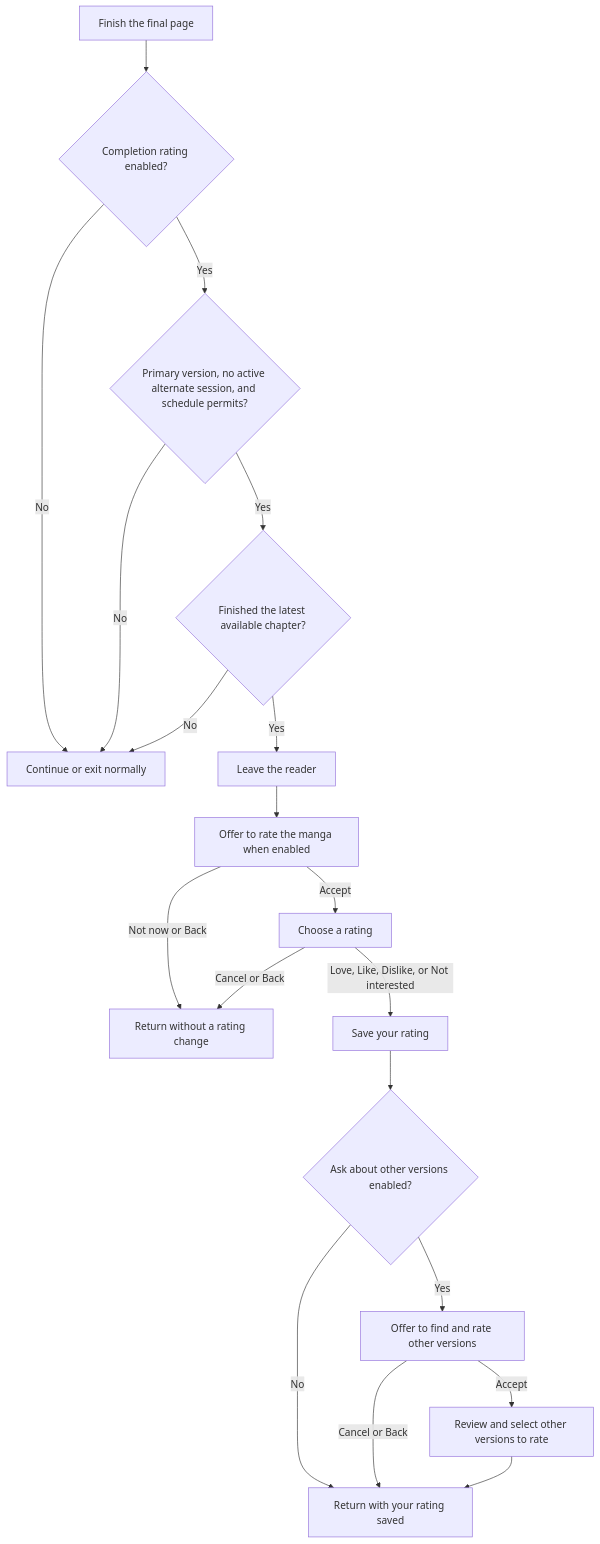
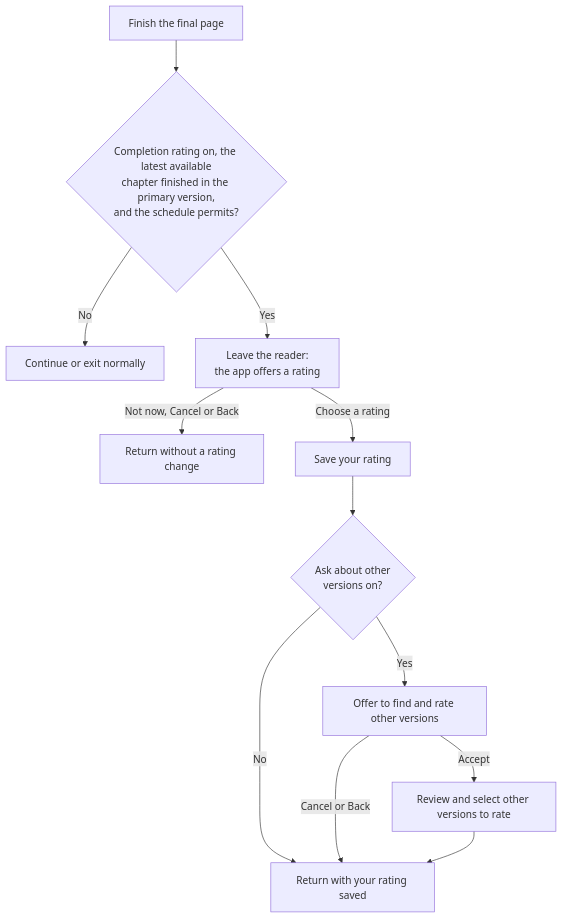
The second of 6 diagrams in docs/kmk/feature-guides/reading.md (FancyCorey/komikku-fc), drawn with Mermaid before and after one commit. The commit also changed other lines of this file and 93 other files, not shown here.

````diff
--- a/docs/kmk/feature-guides/reading.md
+++ b/docs/kmk/feature-guides/reading.md
@@ -229,21 +244,14 @@
 ```mermaid
 flowchart TD
-    Progress["Finish the final page"] --> Enabled{"Completion rating enabled?"}
-    Enabled -->|No| Normal["Continue or exit normally"]
-    Enabled -->|Yes| Eligible{"Primary version, no active alternate session, and schedule permits?"}
-    Eligible -->|No| Normal
-    Eligible -->|Yes| Genuine{"Finished the latest available chapter?"}
-    Genuine -->|No| Normal
-    Genuine -->|Yes| Exit["Leave the reader"]
-    Exit --> Prompt["Offer to rate the manga when enabled"]
-    Prompt -->|Not now or Back| Return["Return without a rating change"]
-    Prompt -->|Accept| Choices["Choose a rating"]
-    Choices -->|Love, Like, Dislike, or Not interested| Save["Save your rating"]
-    Choices -->|Cancel or Back| Return
-    Save --> Ask{"Ask about other versions enabled?"}
+    Progress["Finish the final page"] --> Eligible{"Completion rating on, the latest available<br/>chapter finished in the primary version,<br/>and the schedule permits?"}
+    Eligible -->|No| Normal["Continue or exit normally"]
+    Eligible -->|Yes| Prompt["Leave the reader:<br/>the app offers a rating"]
+    Prompt -->|Not now, Cancel or Back| Return["Return without a rating change"]
+    Prompt -->|Choose a rating| Save["Save your rating"]
+    Save --> Ask{"Ask about other<br/>versions on?"}
+    Ask -->|No| Rated["Return with your rating saved"]
     Ask -->|Yes| Offer["Offer to find and rate other versions"]
-    Ask -->|No| Rated["Return with your rating saved"]
+    Offer -->|Accept| Other["Review and select other versions to rate"]
     Offer -->|Cancel or Back| Rated
-    Offer -->|Accept| Other["Review and select other versions to rate"]
     Other --> Rated
 ```
````
